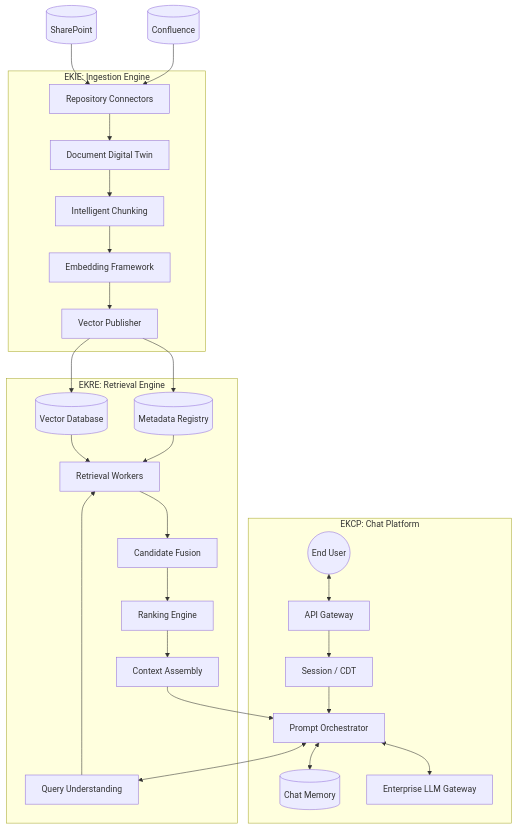
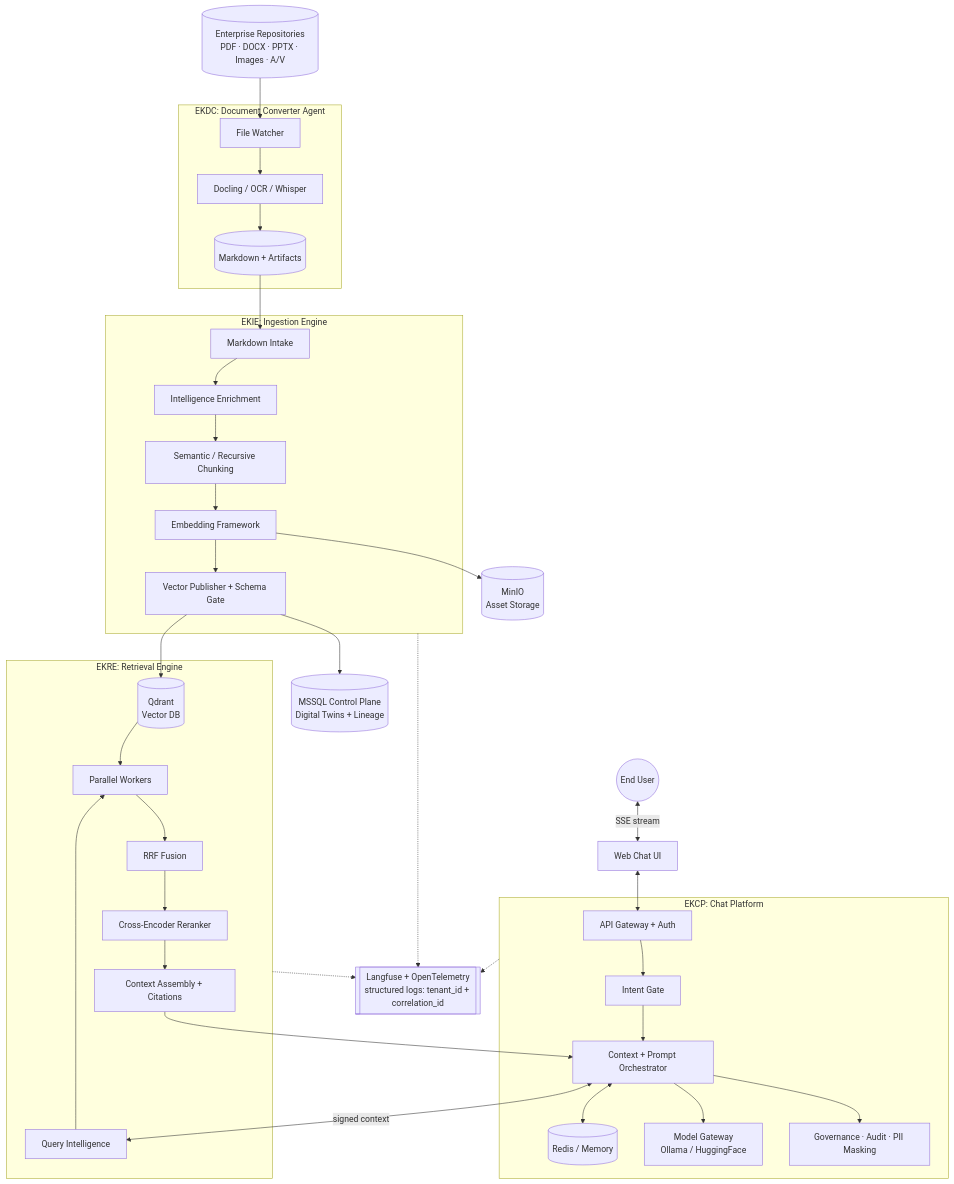
The third of 13 diagrams in docs/master-architecture.md (DarshanPatel24/Enterprise-Knowledge-RAG-System), drawn with Mermaid before and after one commit. The commit also changed other lines of this file and 66 other files, not shown here.

````diff
--- a/docs/master-architecture.md
+++ b/docs/master-architecture.md
@@ -24,39 +92,53 @@
 ```mermaid
 flowchart TD
-    %% Repositories
-    Repo1[(SharePoint)] --> EKIE_Connector
-    Repo2[(Confluence)] --> EKIE_Connector
-    
-    %% EKIE Domain
-    subgraph EKIE [EKIE: Ingestion Engine]
-        EKIE_Connector[Repository Connectors] --> EKIE_DocTwin[Document Digital Twin]
-        EKIE_DocTwin --> EKIE_Chunking[Intelligent Chunking]
-        EKIE_Chunking --> EKIE_Embed[Embedding Framework]
-        EKIE_Embed --> EKIE_Publish[Vector Publisher]
+    %% Sources & Converter
+    Repo[(Enterprise Repositories<br/>PDF · DOCX · PPTX · Images · A/V)] --> EKDC
+
+    subgraph EKDC_D [EKDC: Document Converter Agent]
+        EKDC[File Watcher] --> Docling[Docling / OCR / Whisper]
+        Docling --> MDOUT[(Markdown + Artifacts)]
     end
-    
-    %% Storage
-    EKIE_Publish --> VectorDB[(Vector Database)]
-    EKIE_Publish --> MetaDB[(Metadata Registry)]
-    
-    %% EKRE Domain
-    subgraph EKRE [EKRE: Retrieval Engine]
-        VectorDB --> EKRE_Worker[Retrieval Workers]
-        MetaDB --> EKRE_Worker
-        EKRE_Query[Query Understanding] --> EKRE_Worker
-        EKRE_Worker --> EKRE_Fusion[Candidate Fusion]
-        EKRE_Fusion --> EKRE_Rank[Ranking Engine]
-        EKRE_Rank --> EKRE_Context[Context Assembly]
+
+    %% EKIE
+    MDOUT --> EKIE_In[Markdown Intake]
+    subgraph EKIE_D [EKIE: Ingestion Engine]
+        EKIE_In --> EKIE_Intel[Intelligence Enrichment]
+        EKIE_Intel --> EKIE_Chunk[Semantic / Recursive Chunking]
+        EKIE_Chunk --> EKIE_Embed[Embedding Framework]
+        EKIE_Embed --> EKIE_Pub[Vector Publisher + Schema Gate]
     end
-    
-    %% EKCP Domain
-    subgraph EKCP [EKCP: Chat Platform]
-        User((End User)) <--> EKCP_Gateway[API Gateway]
-        EKCP_Gateway --> EKCP_Session[Session / CDT]
-        EKCP_Session --> EKCP_Orch[Prompt Orchestrator]
-        EKCP_Orch <--> EKCP_Memory[(Chat Memory)]
-        EKCP_Orch <--> EKRE_Query
-        EKRE_Context --> EKCP_Orch
-        EKCP_Orch <--> LLM[Enterprise LLM Gateway]
+
+    EKIE_Pub --> VDB[(Qdrant<br/>Vector DB)]
+    EKIE_Pub --> CP[(MSSQL Control Plane<br/>Digital Twins + Lineage)]
+    EKIE_Embed --> OBJ[(MinIO<br/>Asset Storage)]
+
+    %% EKRE
+    subgraph EKRE_D [EKRE: Retrieval Engine]
+        EKRE_Q[Query Intelligence] --> EKRE_Exec[Parallel Workers]
+        VDB --> EKRE_Exec
+        EKRE_Exec --> EKRE_Fuse[RRF Fusion]
+        EKRE_Fuse --> EKRE_Rank[Cross-Encoder Reranker]
+        EKRE_Rank --> EKRE_Ctx[Context Assembly + Citations]
     end
+
+    %% EKCP
+    subgraph EKCP_D [EKCP: Chat Platform]
+        GW[API Gateway + Auth] --> Intent[Intent Gate]
+        Intent --> Orch[Context + Prompt Orchestrator]
+        Orch <--> Mem[(Redis / Memory)]
+        Orch <-->|signed context| EKRE_Q
+        EKRE_Ctx --> Orch
+        Orch --> Model[Model Gateway<br/>Ollama / HuggingFace]
+        Orch --> Govern[Governance · Audit · PII Masking]
+    end
+
+    %% UI
+    User((End User)) <-->|SSE stream| UI[Web Chat UI]
+    UI <--> GW
+
+    %% Observability
+    OBS[[Langfuse + OpenTelemetry<br/>structured logs: tenant_id + correlation_id]]
+    EKIE_D -.-> OBS
+    EKRE_D -.-> OBS
+    EKCP_D -.-> OBS
 ```
````
